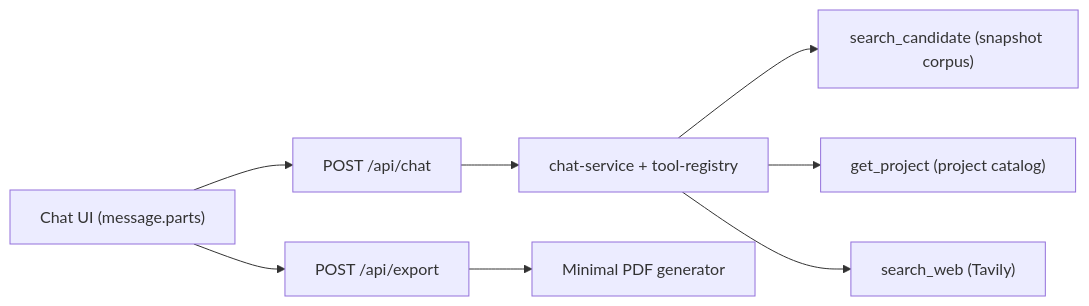
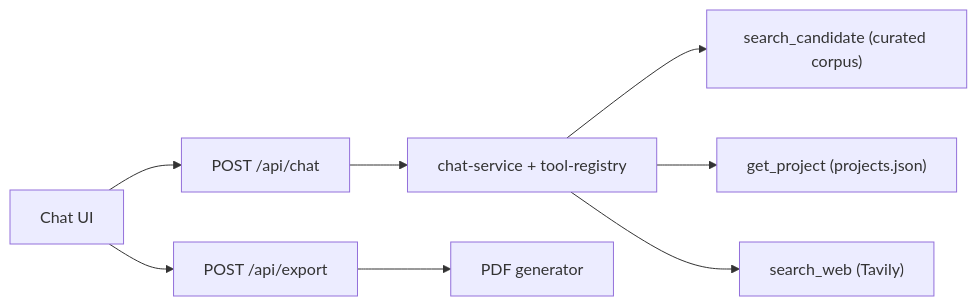
One commit to alexey-muzyka-1/ask-alex changed the diagram in ARCHITECTURE.md. Above: the diagram before and after it, drawn with Mermaid. The commit also changed other lines of this file and 25 other files, not shown here.

Commit message:
feat: finalize curated candidate corpus and submission-ready docs

````diff
--- a/ARCHITECTURE.md
+++ b/ARCHITECTURE.md
@@ -9,10 +7,10 @@
 ```mermaid
 flowchart LR
-  UI["Chat UI (message.parts)"] --> CHAT["POST /api/chat"]
+  UI["Chat UI"] --> CHAT["POST /api/chat"]
   CHAT --> ORCH["chat-service + tool-registry"]
-  ORCH --> RAG["search_candidate (snapshot corpus)"]
-  ORCH --> PROJ["get_project (project catalog)"]
+  ORCH --> RAG["search_candidate (curated corpus)"]
+  ORCH --> PROJ["get_project (projects.json)"]
   ORCH --> WEB["search_web (Tavily)"]
   UI --> EXP["POST /api/export"]
-  EXP --> PDF["Minimal PDF generator"]
+  EXP --> PDF["PDF generator"]
 ```
````
